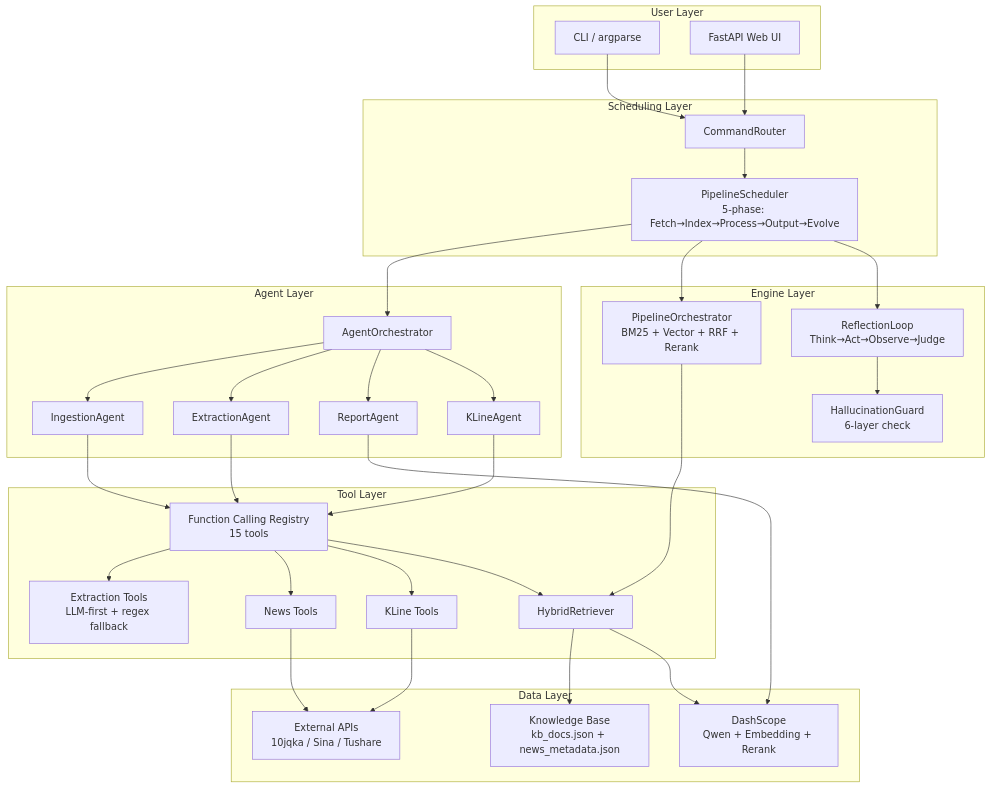
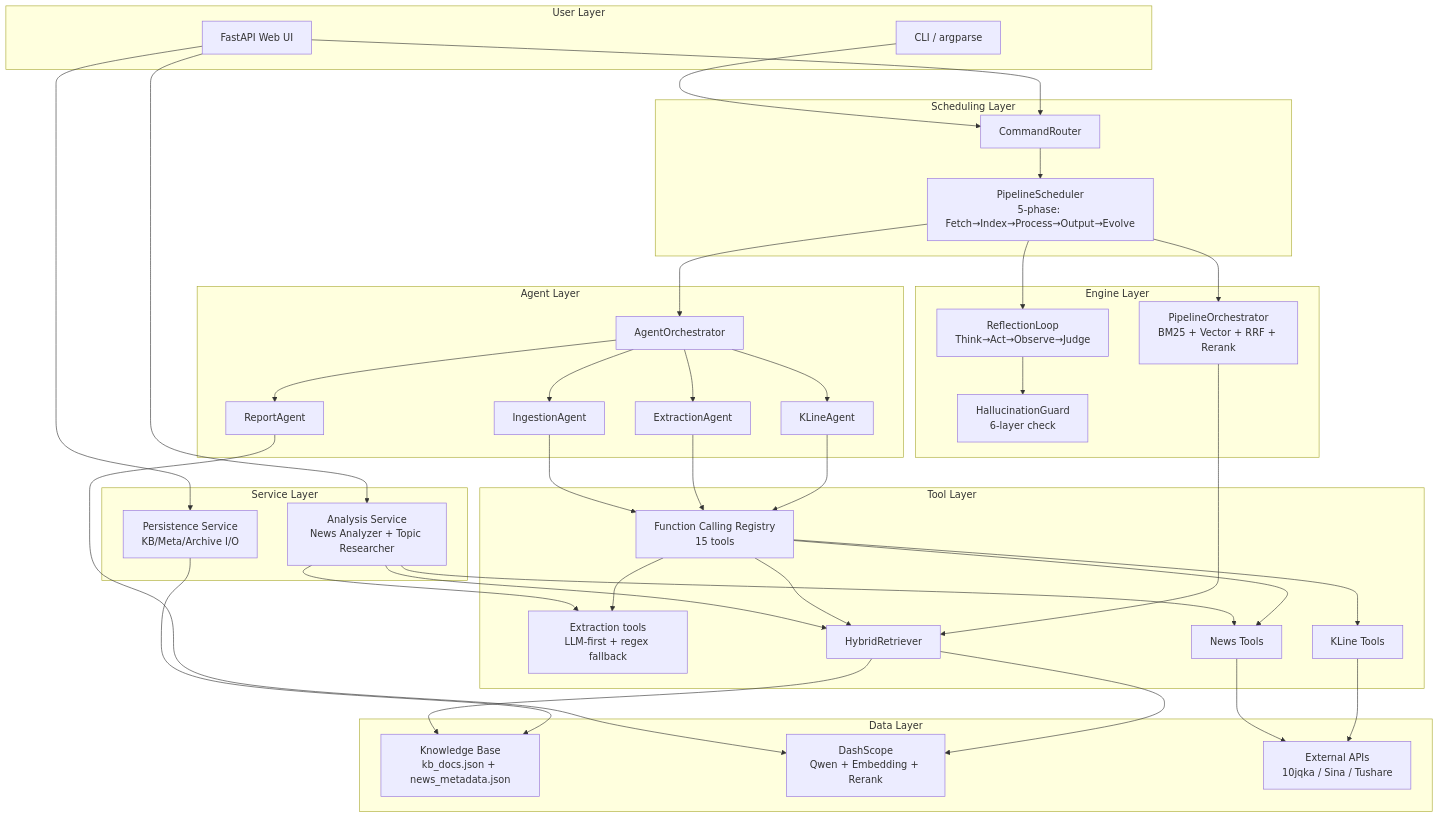
Before and after one commit to AllenMing3/Allen_FinanceRag: the first of 5 diagrams in README.md, drawn with Mermaid. The commit also changed other lines of this file and 4 other files, not shown here.

First line of the commit message:
feat(analysis): add pure analysis service for news and topic research

````diff
--- a/README.md
+++ b/README.md
@@ -15,65 +15,76 @@
 ```mermaid
 graph TB
     subgraph User Layer
         CLI[CLI / argparse]
         Web[FastAPI Web UI]
     end
 
     subgraph Scheduling Layer
         Router[CommandRouter]
         Pipeline[PipelineScheduler<br/>5-phase: Fetch→Index→Process→Output→Evolve]
     end
 
     subgraph Agent Layer
         Coord[AgentOrchestrator]
         IA[IngestionAgent]
         EA[ExtractionAgent]
         RA[ReportAgent]
         KA[KLineAgent]
     end
 
     subgraph Engine Layer
         Indexer[PipelineOrchestrator<br/>BM25 + Vector + RRF + Rerank]
         Reflect[ReflectionLoop<br/>Think→Act→Observe→Judge]
         Guard[HallucinationGuard<br/>6-layer check]
     end
 
+    subgraph Service Layer
+        AS[Analysis Service<br/>News Analyzer + Topic Researcher]
+        PS[Persistence Service<br/>KB/Meta/Archive I/O]
+    end
+    
     subgraph Tool Layer
         FC[Function Calling Registry<br/>15 tools]
-        Extract[Extraction Tools<br/>LLM-first + regex fallback]
+        Extract[Extraction tools<br/>LLM-first + regex fallback]
         News[News Tools]
         KLine[KLine Tools]
         Search[HybridRetriever]
     end
-
+    
     subgraph Data Layer
         KB[Knowledge Base<br/>kb_docs.json + news_metadata.json]
         LLM[DashScope<br/>Qwen + Embedding + Rerank]
         Ext[External APIs<br/>10jqka / Sina / Tushare]
     end
-
+    
     CLI --> Router
     Web --> Router
+    Web --> AS
+    Web --> PS
     Router --> Pipeline
     Pipeline --> Coord
     Pipeline --> Indexer
     Pipeline --> Reflect
     Coord --> IA
     Coord --> EA
     Coord --> RA
     Coord --> KA
+    AS --> Extract
+    AS --> News
+    AS --> Search
     IA --> FC
     EA --> FC
     RA --> LLM
     KA --> FC
     FC --> Extract
     FC --> News
     FC --> KLine
     FC --> Search
     Indexer --> Search
     Reflect --> Guard
     Search --> KB
     Search --> LLM
     News --> Ext
     KLine --> Ext
+    PS --> KB
 ```
````
